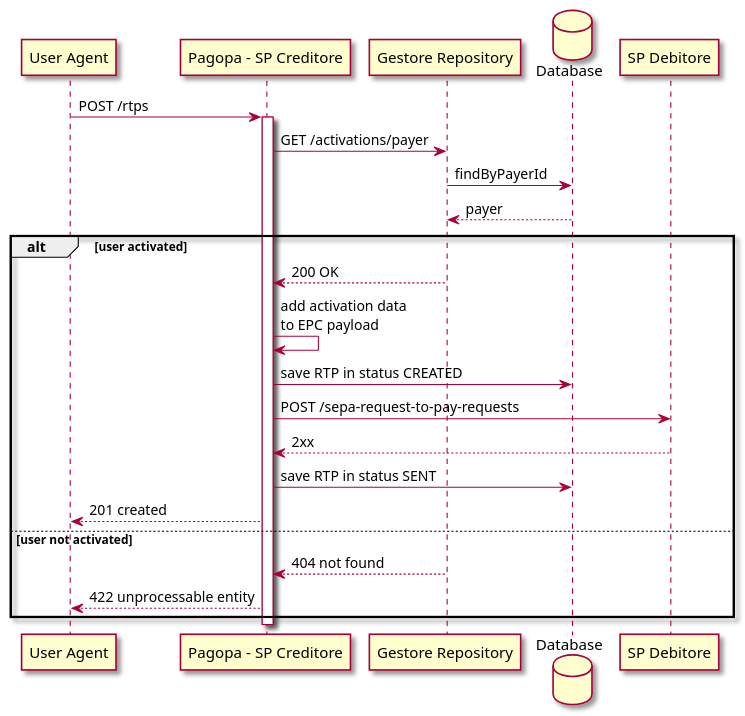
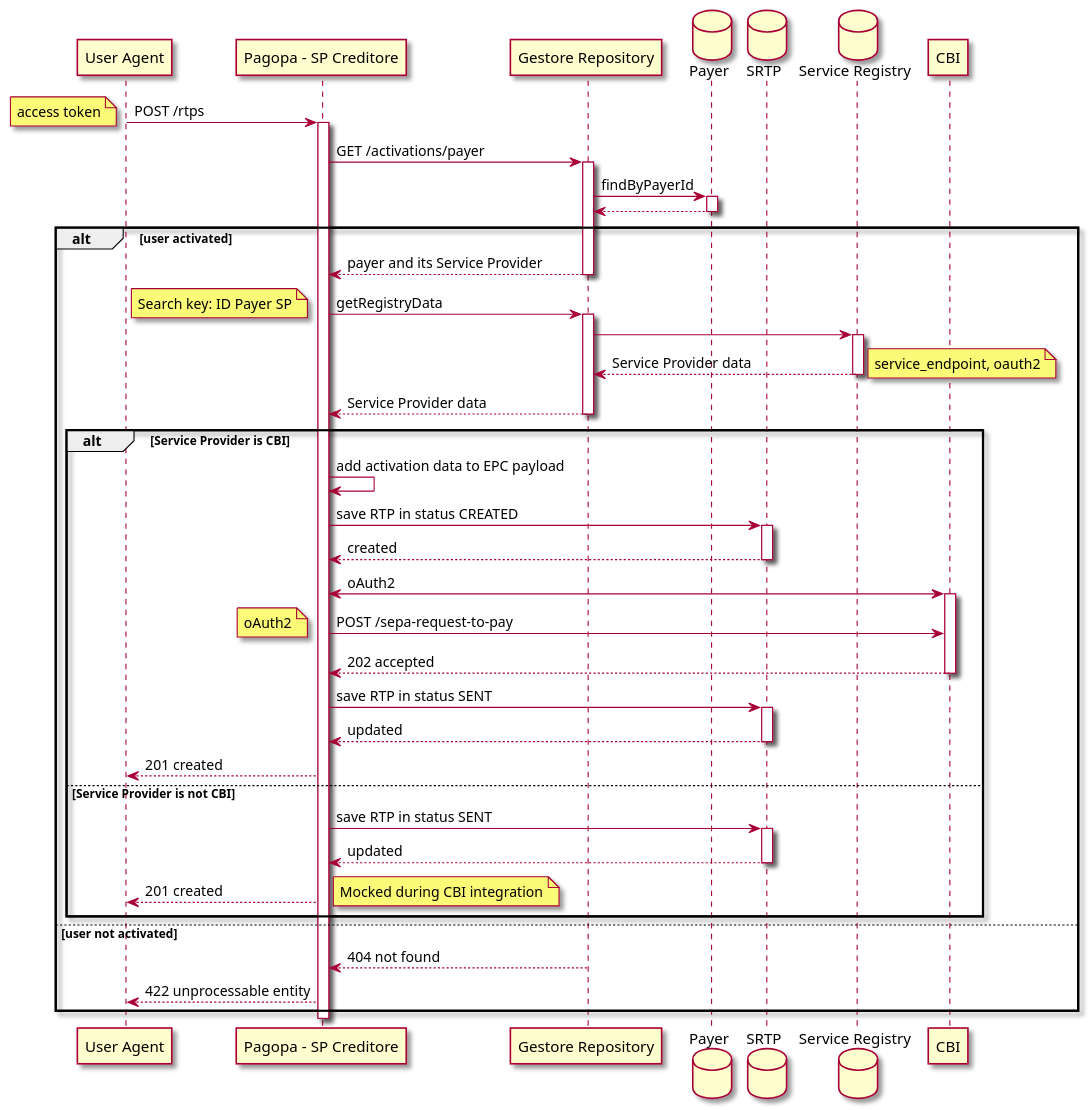
Before and after one commit to pagopa/rtp-docs: the diagram in diagrams/send.puml, drawn with PlantUML. The commit also changed 1 other file, not shown here.

Commit message:
[SRTP-301] add service registry and CBI send diagram (#7)
* [SRTP-301] add service registry and CBI send diagram

* [SRTP-301] add authorization notes

* Diagrams commit

* [SRTP-301] add activations in diagram

* Diagrams commit

* [SRTP-301] save at DB in mock flow

* Diagrams commit

---------

```diff
--- a/diagrams/send.puml
+++ b/diagrams/send.puml
@@ -1,35 +1,85 @@
 @startuml
 
 skin rose
 participant "User Agent" as UA
 participant "Pagopa - SP Creditore" as SPC
 participant "Gestore Repository" as GR
-database "Database" as DB
-participant "SP Debitore" as SPD
+database "Payer" as Payer
+database "SRTP" as SRTP
+database "Service Registry" as SR
+participant "CBI" as SPD
 
 UA -> SPC: POST /rtps
+note left: access token
 activate SPC
 
+SPC -> GR: GET /activations/payer
+activate GR
+GR -> Payer: findByPayerId
+activate Payer
+Payer --> GR
+deactivate Payer
+alt user activated
+GR --> SPC: payer and its Service Provider
+deactivate GR
 
-SPC -> GR: GET /activations/payer
-GR -> DB: findByPayerId
-DB --> GR: payer
+SPC -> GR: getRegistryData
+note left: Search key: ID Payer SP
+activate GR
+GR -> SR
+activate SR
+SR --> GR: Service Provider data
+note right: service_endpoint, oauth2
+deactivate SR
+GR --> SPC: Service Provider data
+deactivate GR
 
-alt user activated
-GR --> SPC: 200 OK
 
-SPC -> SPC: add activation data \nto EPC payload
-SPC -> DB: save RTP in status CREATED
-SPC -> SPD: POST /sepa-request-to-pay-requests
-SPD --> SPC: 2xx
-SPC -> DB: save RTP in status SENT
+alt Service Provider is CBI
+
+SPC -> SPC: add activation data to EPC payload
+
+SPC -> SRTP: save RTP in status CREATED
+activate SRTP
+SRTP --> SPC: created
+deactivate SRTP
+
+SPC <-> SPD: oAuth2
+activate SPD
+
+SPC -> SPD: POST /sepa-request-to-pay
+note left: oAuth2
+SPD --> SPC: 202 accepted
+deactivate SPD
+
+SPC -> SRTP: save RTP in status SENT
+activate SRTP
+SRTP --> SPC: updated
+deactivate SRTP
+
 SPC --> UA: 201 created
 
+else Service Provider is not CBI
+
+SPC -> SRTP: save RTP in status SENT
+activate SRTP
+SRTP --> SPC: updated
+deactivate SRTP
+
+SPC --> UA: 201 created
+note right: Mocked during CBI integration
+
+end
+
 else user not activated
+
+activate GR
 GR --> SPC: 404 not found
+deactivate GR
 SPC --> UA: 422 unprocessable entity
+
 end
 
 deactivate SPC
 
 @enduml
```
